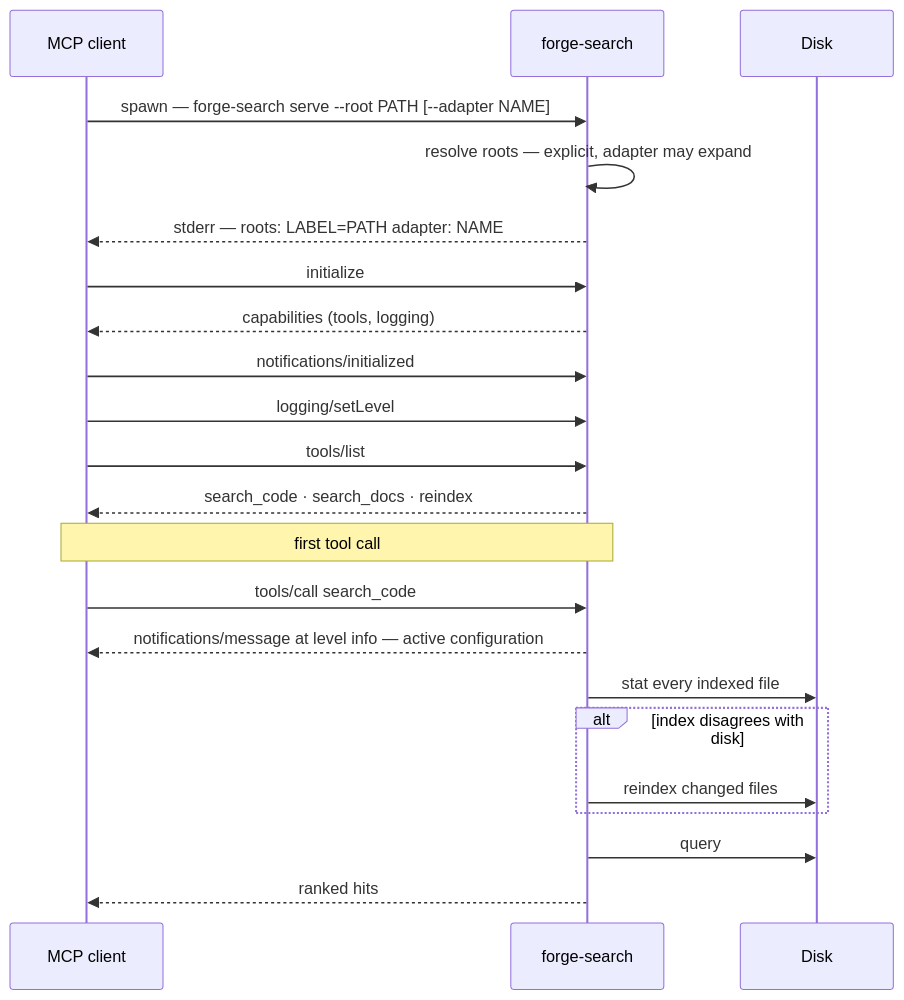
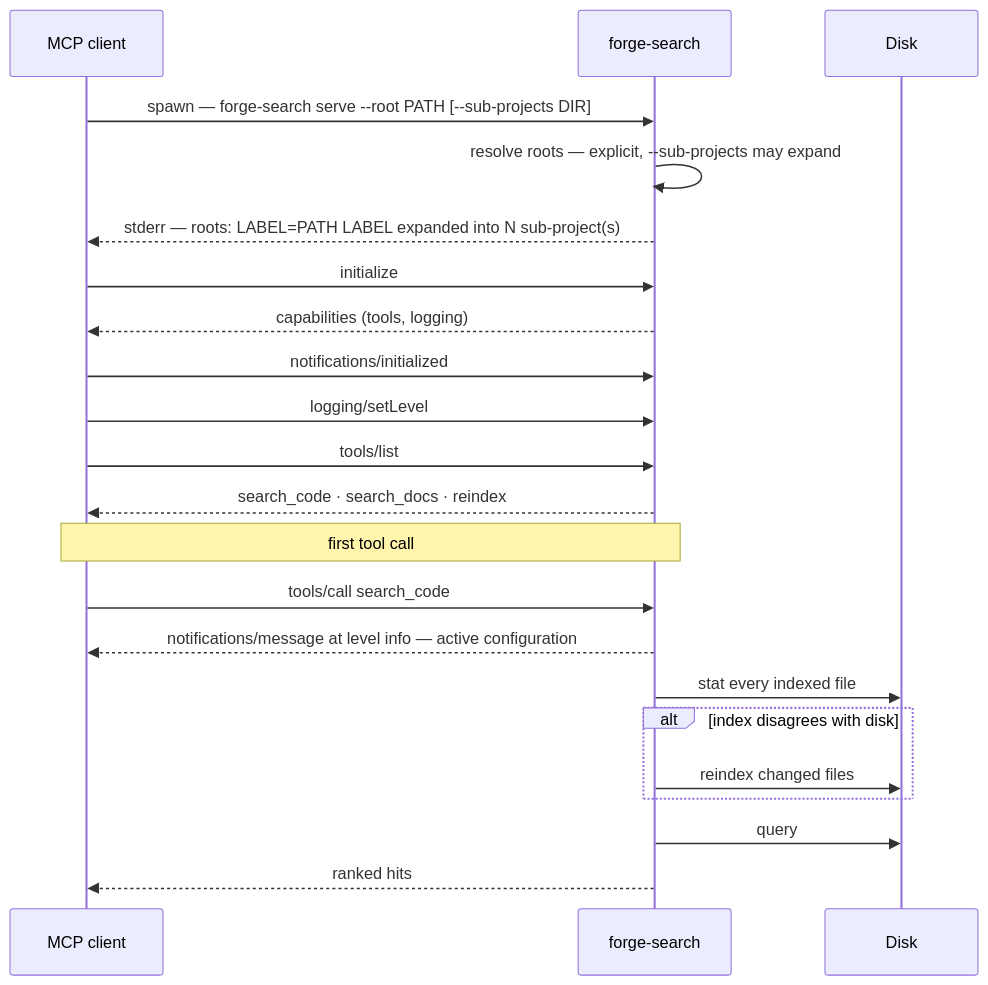
Before and after one commit to mohamed-rekiba/forge-search: the third of 3 diagrams in docs/architecture.md, drawn with Mermaid. The commit also changed other lines of this file and 15 other files, not shown here.

First line of the commit message:
refactor(#45)!: replace the apexyard root adapter with --sub-projects (#46)

````diff
--- a/docs/architecture.md
+++ b/docs/architecture.md
@@ -121,26 +110,26 @@
 ```mermaid
 sequenceDiagram
     participant C as MCP client
     participant S as forge-search
     participant D as Disk
 
-    C->>S: spawn — forge-search serve --root PATH [--adapter NAME]
-    S->>S: resolve roots — explicit, adapter may expand
-    S-->>C: stderr — roots: LABEL=PATH  adapter: NAME
+    C->>S: spawn — forge-search serve --root PATH [--sub-projects DIR]
+    S->>S: resolve roots — explicit, --sub-projects may expand
+    S-->>C: stderr — roots: LABEL=PATH  LABEL expanded into N sub-project(s)
     C->>S: initialize
     S-->>C: capabilities (tools, logging)
     C->>S: notifications/initialized
     C->>S: logging/setLevel
     C->>S: tools/list
     S-->>C: search_code · search_docs · reindex
 
     Note over C,S: first tool call
     C->>S: tools/call search_code
     S-->>C: notifications/message at level info — active configuration
     S->>D: stat every indexed file
     alt index disagrees with disk
         S->>D: reindex changed files
     end
     S->>D: query
     S-->>C: ranked hits
 ```
````
